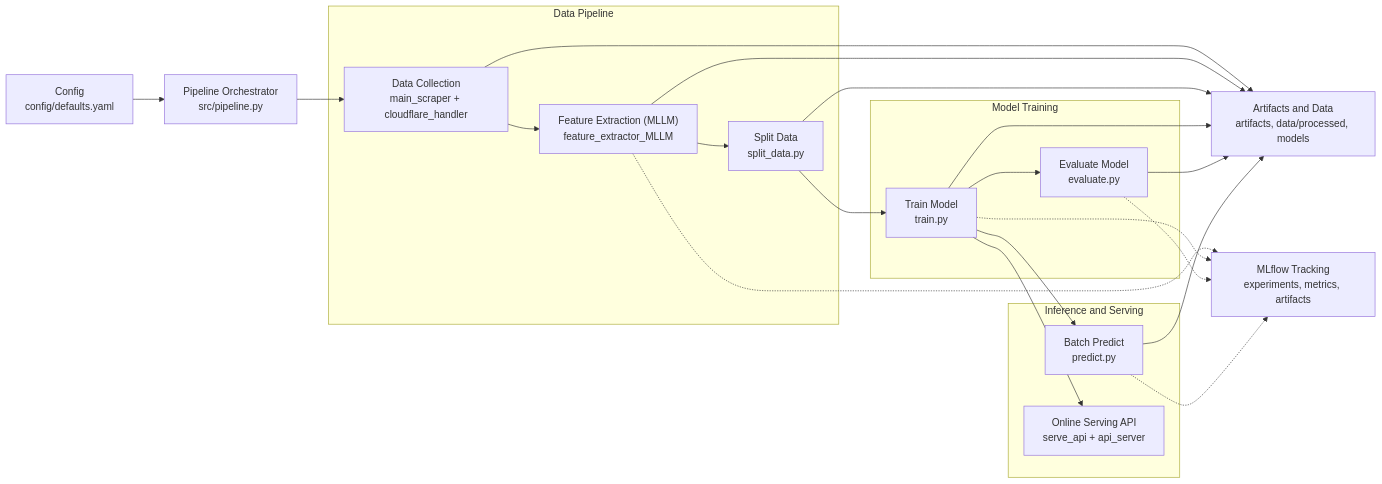
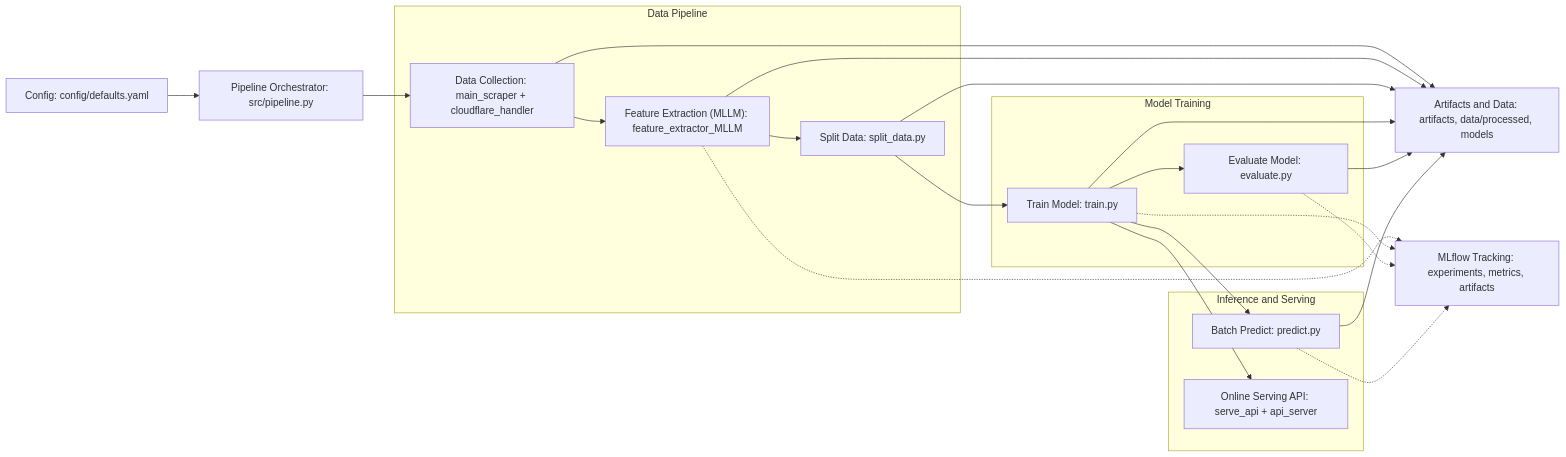
Before and after one commit to ThePopped/mllm-product-pricing-benchmark: the diagram in README.md, drawn with Mermaid.

Commit message:
Remove <br> tags entirely as they may be causing github mermaid rendering to break

````diff
--- a/README.md
+++ b/README.md
@@ -25,46 +25,46 @@
 ```mermaid
 flowchart LR
-  C["Config<br>config/defaults.yaml"]
-  O["Pipeline Orchestrator<br>src/pipeline.py"]
+  C["Config: config/defaults.yaml"]
+  O["Pipeline Orchestrator: src/pipeline.py"]
 
   subgraph DP["Data Pipeline"]
-    D["Data Collection<br>main_scraper + cloudflare_handler"]
-    F["Feature Extraction (MLLM)<br>feature_extractor_MLLM"]
-    S["Split Data<br>split_data.py"]
+    D["Data Collection: main_scraper + cloudflare_handler"]
+    F["Feature Extraction (MLLM): feature_extractor_MLLM"]
+    S["Split Data: split_data.py"]
   end
 
   subgraph MT["Model Training"]
-    T["Train Model<br>train.py"]
-    E["Evaluate Model<br>evaluate.py"]
+    T["Train Model: train.py"]
+    E["Evaluate Model: evaluate.py"]
   end
 
   subgraph INF["Inference and Serving"]
-    B["Batch Predict<br>predict.py"]
-    A["Online Serving API<br>serve_api + api_server"]
+    B["Batch Predict: predict.py"]
+    A["Online Serving API: serve_api + api_server"]
   end
 
-  AR["Artifacts and Data<br>artifacts, data/processed, models"]
-  M["MLflow Tracking<br>experiments, metrics, artifacts"]
+  AR["Artifacts and Data: artifacts, data/processed, models"]
+  M["MLflow Tracking: experiments, metrics, artifacts"]
 
   C --> O
   O --> D
   D --> F
   F --> S
   S --> T
   T --> E
 
   T --> B
   T --> A
 
   D --> AR
   F --> AR
   S --> AR
   T --> AR
   E --> AR
   B --> AR
 
   F -.-> M
   T -.-> M
   E -.-> M
   B -.-> M
 ```
````
